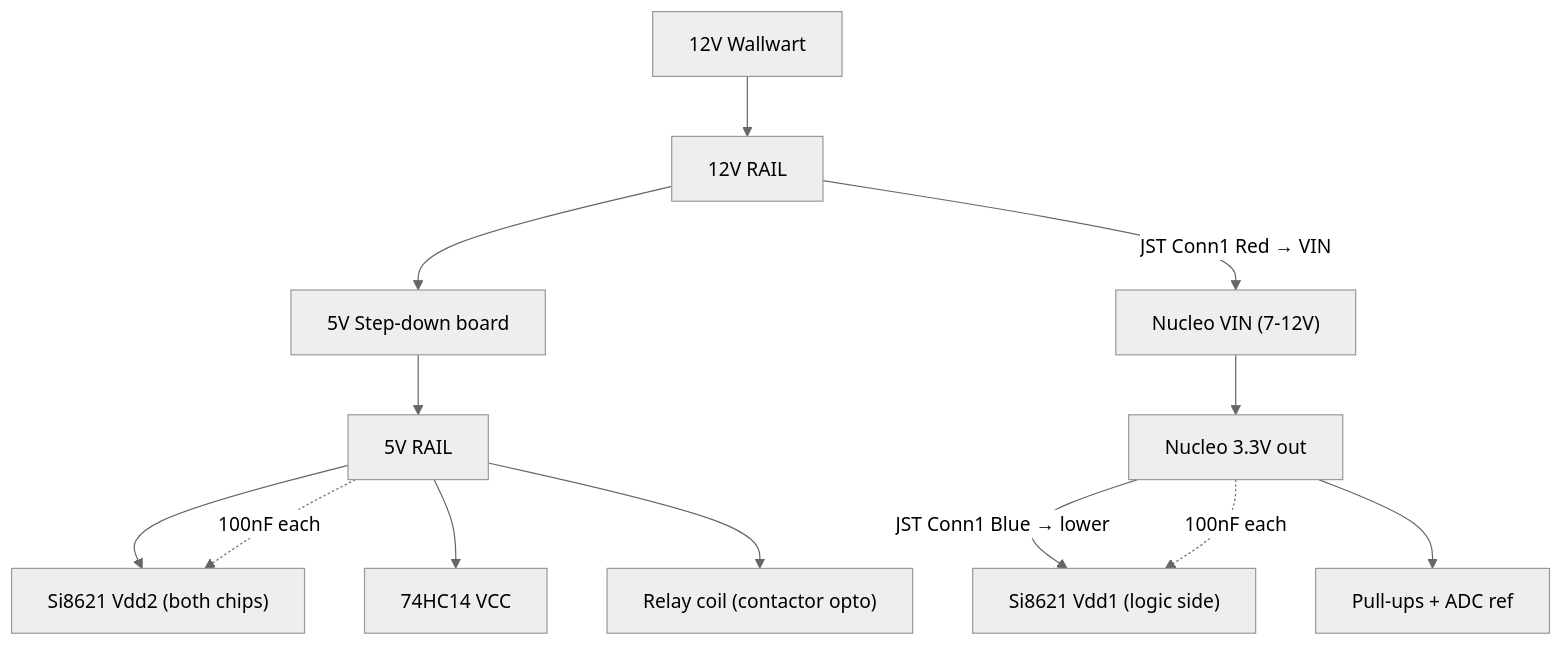
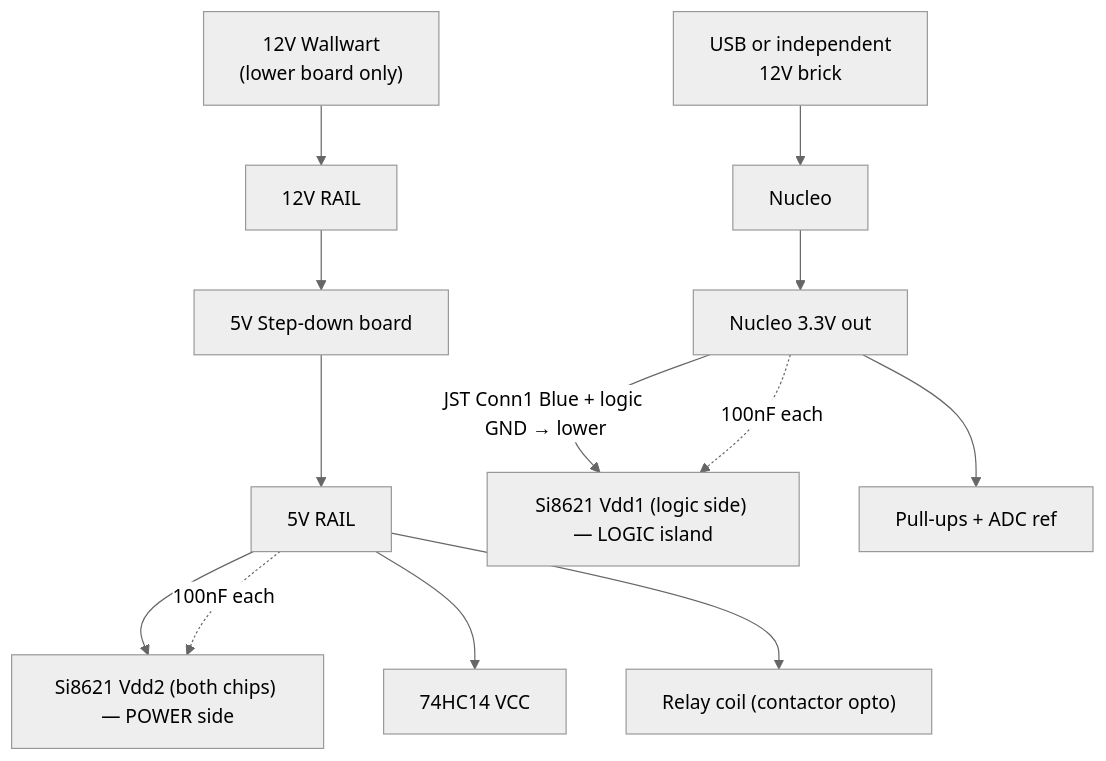
One commit to metanurb21/Nucleo-induction-heater changed the fifth of 7 diagrams in docs/SHIELD_LAYOUT.md. Above: the diagram before and after it, drawn with Mermaid (neutral theme). The commit also changed other lines of this file and 1 other file, not shown here.

First line of the commit message:
Switch to independent Nucleo power for true galvanic isolation

````diff
--- a/docs/SHIELD_LAYOUT.md
+++ b/docs/SHIELD_LAYOUT.md
@@ -75,18 +79,19 @@
 ```mermaid
 graph TD
-    WALL["12V Wallwart"] --> R12["12V RAIL"]
+    USB["USB or independent<br/>12V brick"] --> NUC["Nucleo"]
+    NUC --> V33["Nucleo 3.3V out"]
+
+    WALL["12V Wallwart<br/>(lower board only)"] --> R12["12V RAIL"]
     R12 --> STEP["5V Step-down board"]
-    R12 -->|"JST Conn1 Red → VIN"| VIN["Nucleo VIN (7-12V)"]
     STEP --> R5["5V RAIL"]
-    VIN --> V33["Nucleo 3.3V out"]
 
-    R5 --> ISO_VDD2["Si8621 Vdd2 (both chips)"]
+    R5 --> ISO_VDD2["Si8621 Vdd2 (both chips) — POWER side"]
     R5 --> HC14V["74HC14 VCC"]
     R5 --> RELAY["Relay coil (contactor opto)"]
 
-    V33 -->|"JST Conn1 Blue → lower"| ISO_VDD1["Si8621 Vdd1 (logic side)"]
+    V33 -->|"JST Conn1 Blue + logic GND → lower"| ISO_VDD1["Si8621 Vdd1 (logic side) — LOGIC island"]
     V33 --> PULLUPS["Pull-ups + ADC ref"]
 
     R5 -.->|"100nF each"| ISO_VDD2
     V33 -.->|"100nF each"| ISO_VDD1
 ```
````
